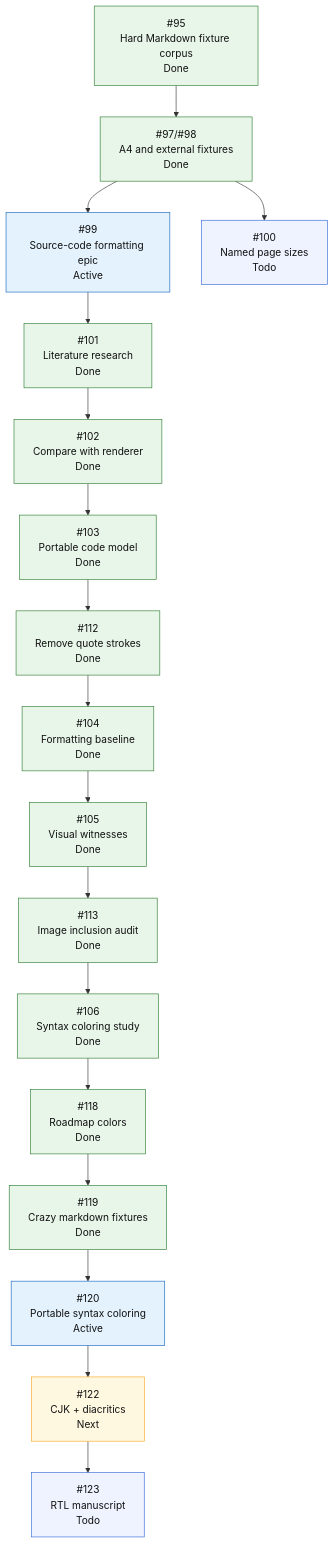
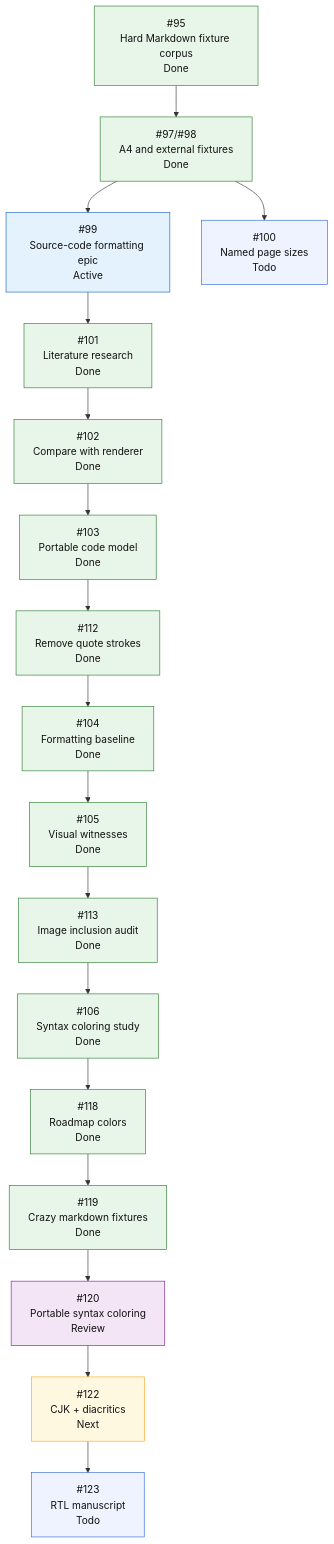
One commit to mihaelamj/MarkdownPDF changed the fifth of 5 diagrams in README.md. Above: the diagram before and after it, drawn with Mermaid.

Commit message:
docs(roadmap): mark syntax coloring in review

````diff
--- a/README.md
+++ b/README.md
@@ -440,36 +440,37 @@
 ```mermaid
 flowchart TD
     H0["#95<br/>Hard Markdown fixture corpus<br/>Done"]
     H1["#97/#98<br/>A4 and external fixtures<br/>Done"]
     H2["#99<br/>Source-code formatting epic<br/>Active"]
     H2A["#101<br/>Literature research<br/>Done"]
     H2B["#102<br/>Compare with renderer<br/>Done"]
     H2C["#103<br/>Portable code model<br/>Done"]
     H2D["#112<br/>Remove quote strokes<br/>Done"]
     H2E["#104<br/>Formatting baseline<br/>Done"]
     H2F["#105<br/>Visual witnesses<br/>Done"]
     H2G["#113<br/>Image inclusion audit<br/>Done"]
     H2H["#106<br/>Syntax coloring study<br/>Done"]
     H2I["#118<br/>Roadmap colors<br/>Done"]
     H2J["#119<br/>Crazy markdown fixtures<br/>Done"]
-    H2K["#120<br/>Portable syntax coloring<br/>Active"]
+    H2K["#120<br/>Portable syntax coloring<br/>Review"]
     H2L["#122<br/>CJK + diacritics<br/>Next"]
     H2M["#123<br/>RTL manuscript<br/>Todo"]
     H3["#100<br/>Named page sizes<br/>Todo"]
 
     H0 --> H1
     H1 --> H2
     H2 --> H2A --> H2B --> H2C --> H2D --> H2E --> H2F --> H2G --> H2H --> H2I --> H2J --> H2K --> H2L --> H2M
     H1 --> H3
 
     classDef done fill:#e8f5e9,stroke:#2e7d32,color:#111;
     classDef active fill:#e3f2fd,stroke:#1565c0,color:#111;
     classDef review fill:#f3e5f5,stroke:#7b1fa2,color:#111;
     classDef next fill:#fff8e1,stroke:#f9a825,color:#111;
     classDef todo fill:#eef3ff,stroke:#3367d6,color:#111;
     class H0,H1 done;
-    class H2,H2K active;
+    class H2 active;
     class H2A,H2B,H2C,H2D,H2E,H2F,H2G,H2H,H2I,H2J done;
+    class H2K review;
     class H2L next;
     class H2M,H3 todo;
 ```
````
